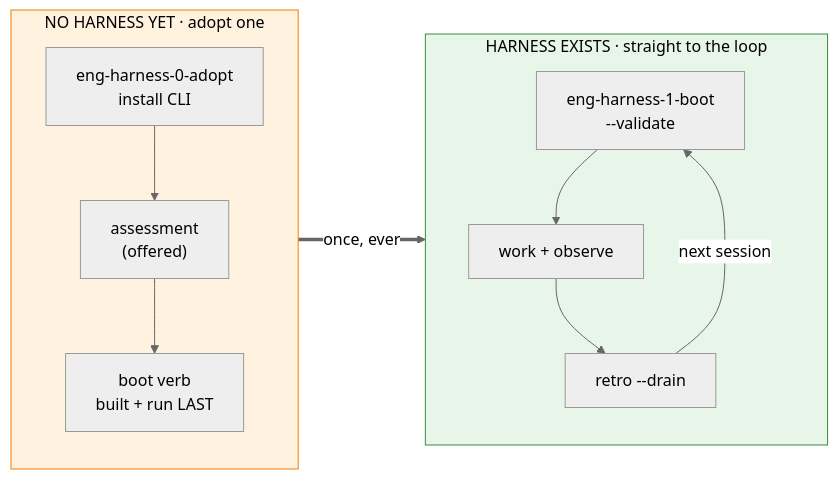
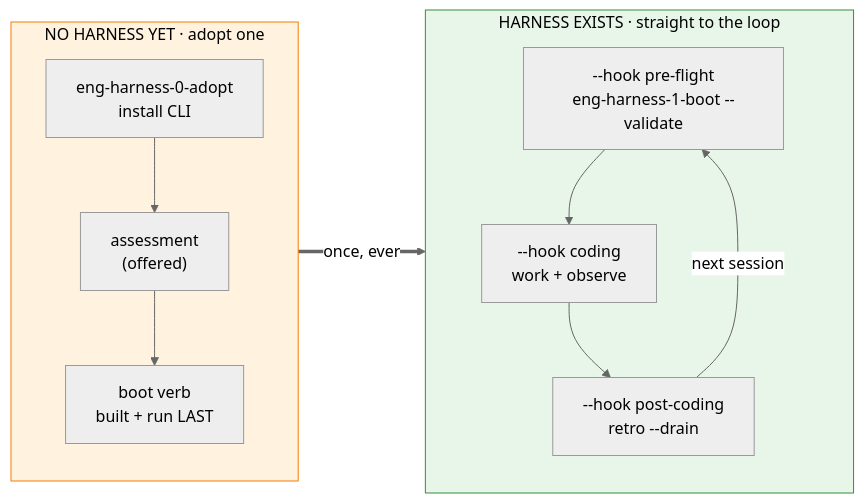
The third of 3 diagrams in skills/eng-harness-loop/eng-harness-flow/references/getting-started.md (AI-Substrate/harness-engineering), drawn with Mermaid (neutral theme) before and after one commit. The commit also changed other lines of this file and 26 other files, not shown here.

First line of the commit message:
feat(021): five neutral lifecycle hooks for eng-harness-flow (--hook/--hooks/--help) (#25)

````diff
--- a/skills/eng-harness-loop/eng-harness-flow/references/getting-started.md
+++ b/skills/eng-harness-loop/eng-harness-flow/references/getting-started.md
@@ -117,21 +121,21 @@
 ```mermaid
 flowchart LR
     classDef s fill:#fff3e0,stroke:#f57c00,color:#000
     classDef f fill:#e8f5e9,stroke:#388e3c,color:#000
 
     subgraph fresh["NO HARNESS YET · adopt one"]
         direction TB
         N1["eng-harness-0-adopt<br/>install CLI"] --> N2["assessment<br/>(offered)"] --> N3["boot verb<br/>built + run LAST"]
     end
 
     subgraph existing["HARNESS EXISTS · straight to the loop"]
         direction TB
-        E1["eng-harness-1-boot<br/>--validate"] --> E2["work + observe"] --> E3["retro --drain"]
+        E1["--hook pre-flight<br/>eng-harness-1-boot --validate"] --> E2["--hook coding<br/>work + observe"] --> E3["--hook post-coding<br/>retro --drain"]
         E3 -->|next session| E1
     end
 
     fresh ==>|"once, ever"| existing
 
     class fresh s
     class existing f
 ```
````
